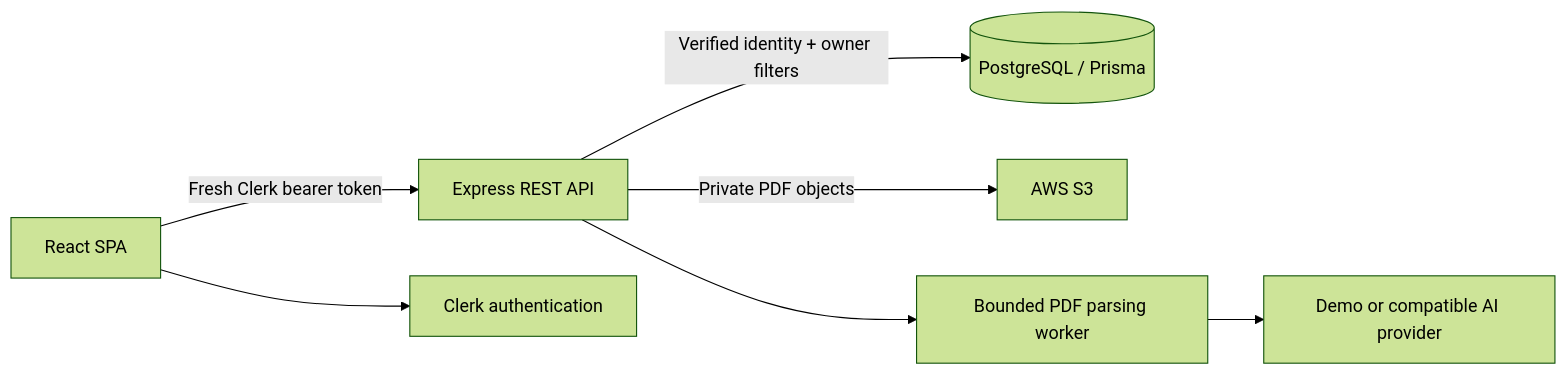
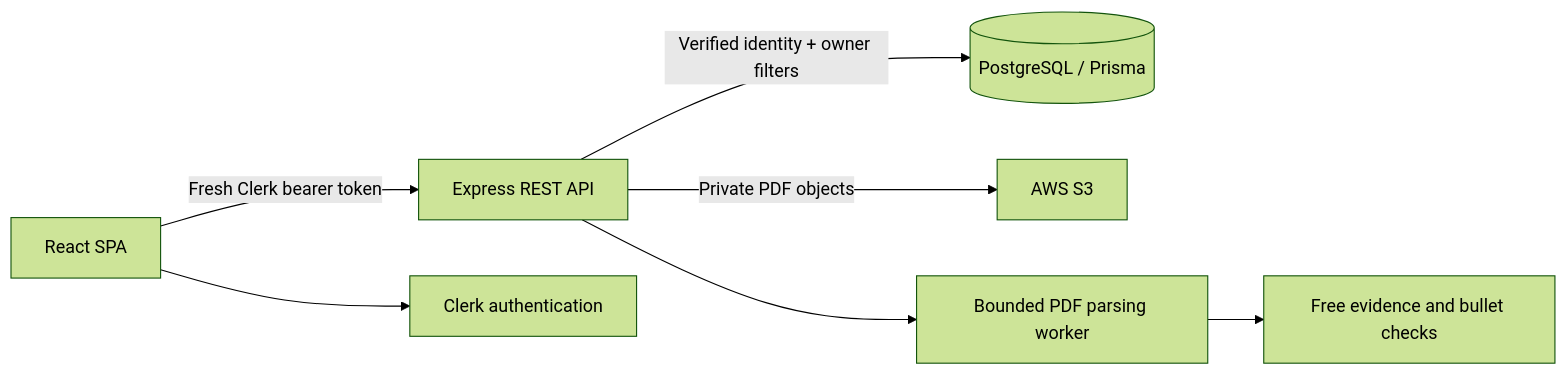
Before and after one commit to Rose-Wei10/InterviewTracker_Careerpath: the diagram in README.md, drawn with Mermaid (forest theme). The commit also changed other lines of this file and 35 other files, not shown here.

````diff
--- a/README.md
+++ b/README.md
@@ -31,9 +31,9 @@
 ```mermaid
 flowchart LR
   Browser[React SPA] -->|Fresh Clerk bearer token| API[Express REST API]
   Browser --> Clerk[Clerk authentication]
   API -->|Verified identity + owner filters| DB[(PostgreSQL / Prisma)]
   API -->|Private PDF objects| S3[AWS S3]
   API --> Extract[Bounded PDF parsing worker]
-  Extract --> Match[Demo or compatible AI provider]
+  Extract --> Match[Free evidence and bullet checks]
 ```
````
